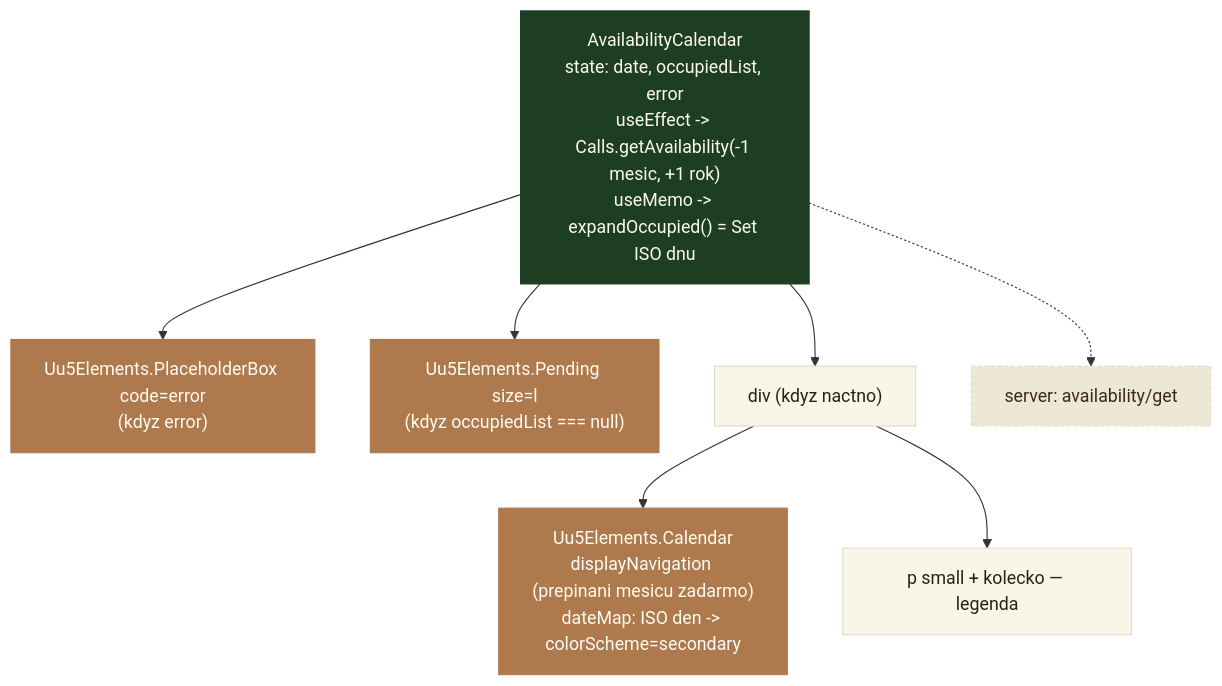
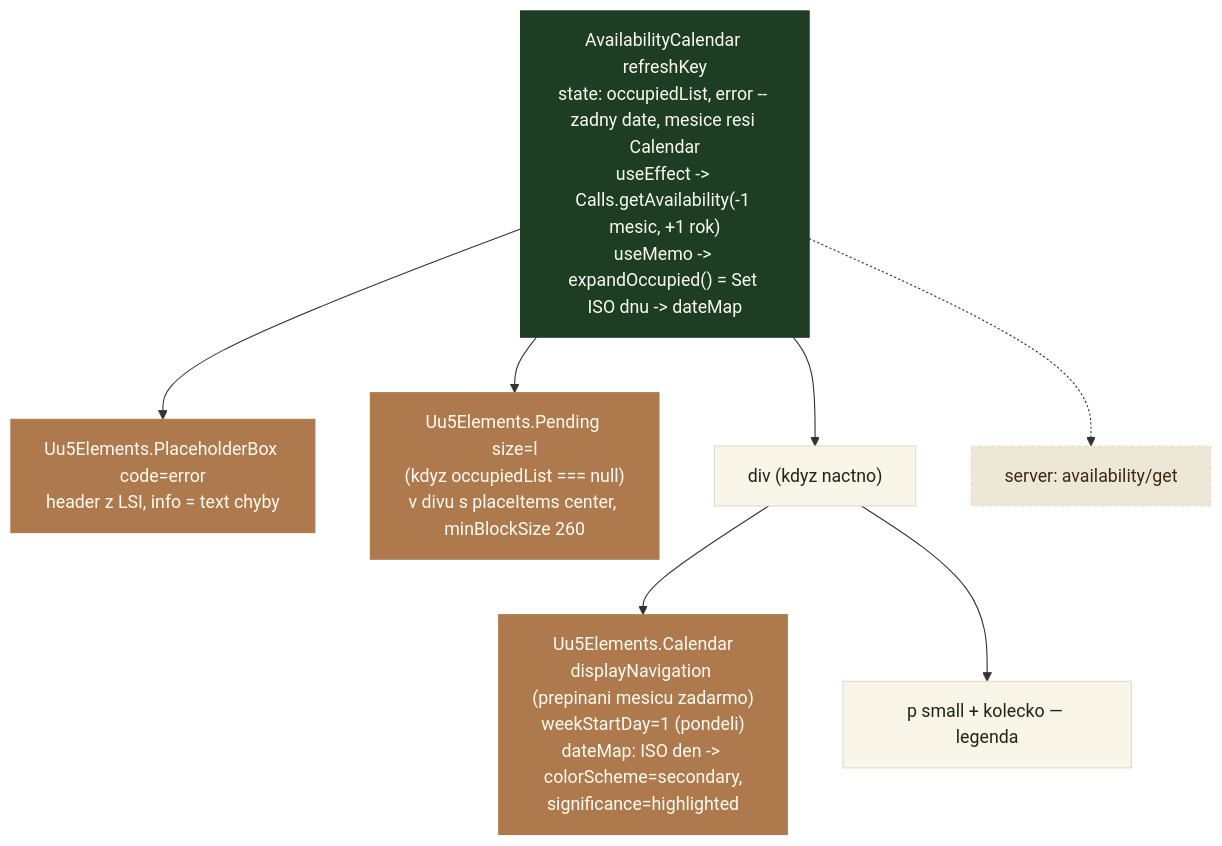
One commit to capo00/caio_propertyman changed the tenth of 29 diagrams in docs/component-tree.md. Above: the diagram before and after it, drawn with Mermaid. The commit also changed other lines of this file and 4 other files, not shown here.

First line of the commit message:
docs: re-verify the component diagrams against the code

````diff
--- a/docs/component-tree.md
+++ b/docs/component-tree.md
@@ -447,22 +470,22 @@
 ```mermaid
 flowchart TD
-  AC["AvailabilityCalendar<br/>state: date, occupiedList, error<br/>useEffect -> Calls.getAvailability(-1 mesic, +1 rok)<br/>useMemo -> expandOccupied() = Set ISO dnu"]:::own
-  ERR["Uu5Elements.PlaceholderBox code=error<br/>(kdyz error)"]:::uu5
-  PEND["Uu5Elements.Pending size=l<br/>(kdyz occupiedList === null)"]:::uu5
+  AC["AvailabilityCalendar refreshKey<br/>state: occupiedList, error -- zadny date, mesice resi Calendar<br/>useEffect -> Calls.getAvailability(-1 mesic, +1 rok)<br/>useMemo -> expandOccupied() = Set ISO dnu -> dateMap"]:::own
+  ERR["Uu5Elements.PlaceholderBox code=error<br/>header z LSI, info = text chyby"]:::uu5
+  PEND["Uu5Elements.Pending size=l<br/>(kdyz occupiedList === null)<br/>v divu s placeItems center, minBlockSize 260"]:::uu5
   OK["div (kdyz nactno)"]:::html
-  CAL["Uu5Elements.Calendar<br/>displayNavigation (prepinani mesicu zadarmo)<br/>dateMap: ISO den -> colorScheme=secondary"]:::uu5
+  CAL["Uu5Elements.Calendar<br/>displayNavigation (prepinani mesicu zadarmo)<br/>weekStartDay=1 (pondeli)<br/>dateMap: ISO den -> colorScheme=secondary,<br/>significance=highlighted"]:::uu5
   LEG["p small + kolecko — legenda"]:::html
   API["server: availability/get"]:::data
 
   AC --> ERR
   AC --> PEND
   AC --> OK
   OK --> CAL
   OK --> LEG
   AC -.-> API
 
   classDef own fill:#1E3E23,color:#FBF9F0,stroke:#1E3E23
   classDef html fill:#F9F5E8,color:#1E2715,stroke:#DFDBCB
   classDef uu5 fill:#AE794C,color:#FEFCF4,stroke:#AE794C
   classDef data fill:#EDE8D6,color:#3E2815,stroke:#DFDBCB,stroke-dasharray:3 3
 ```
````
